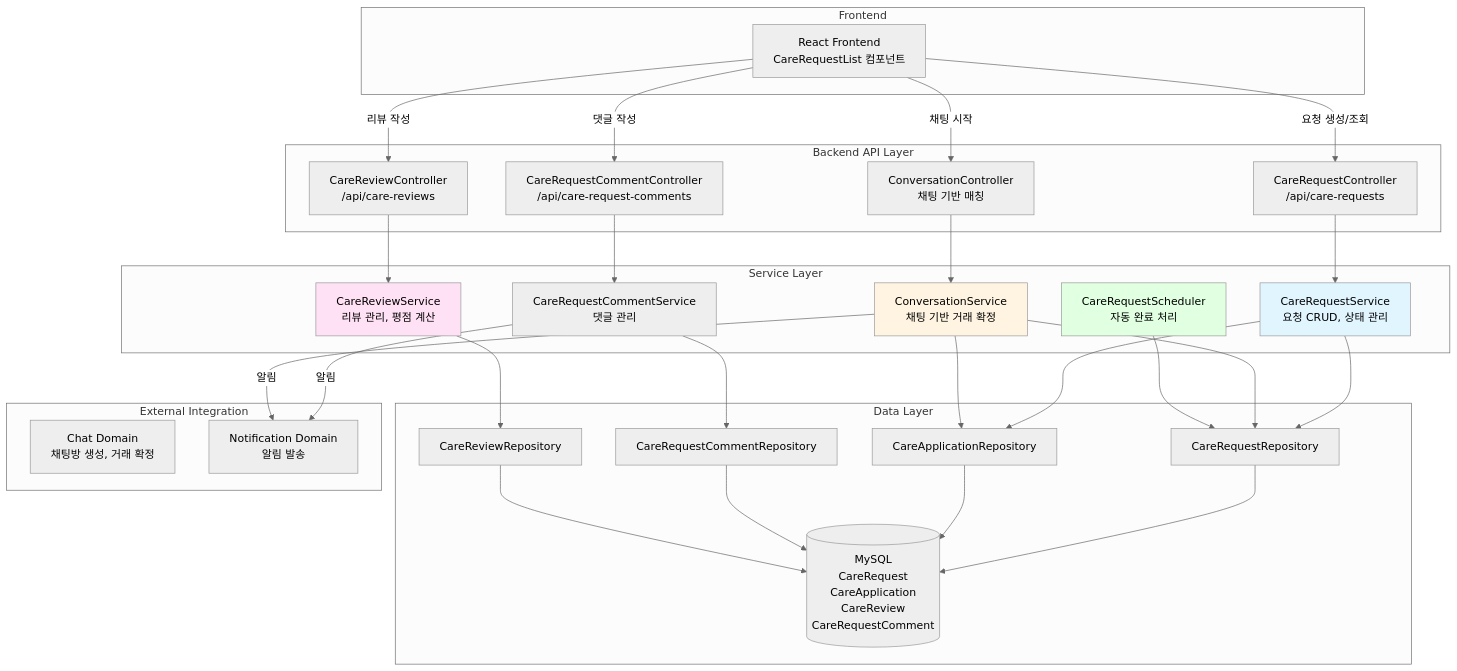
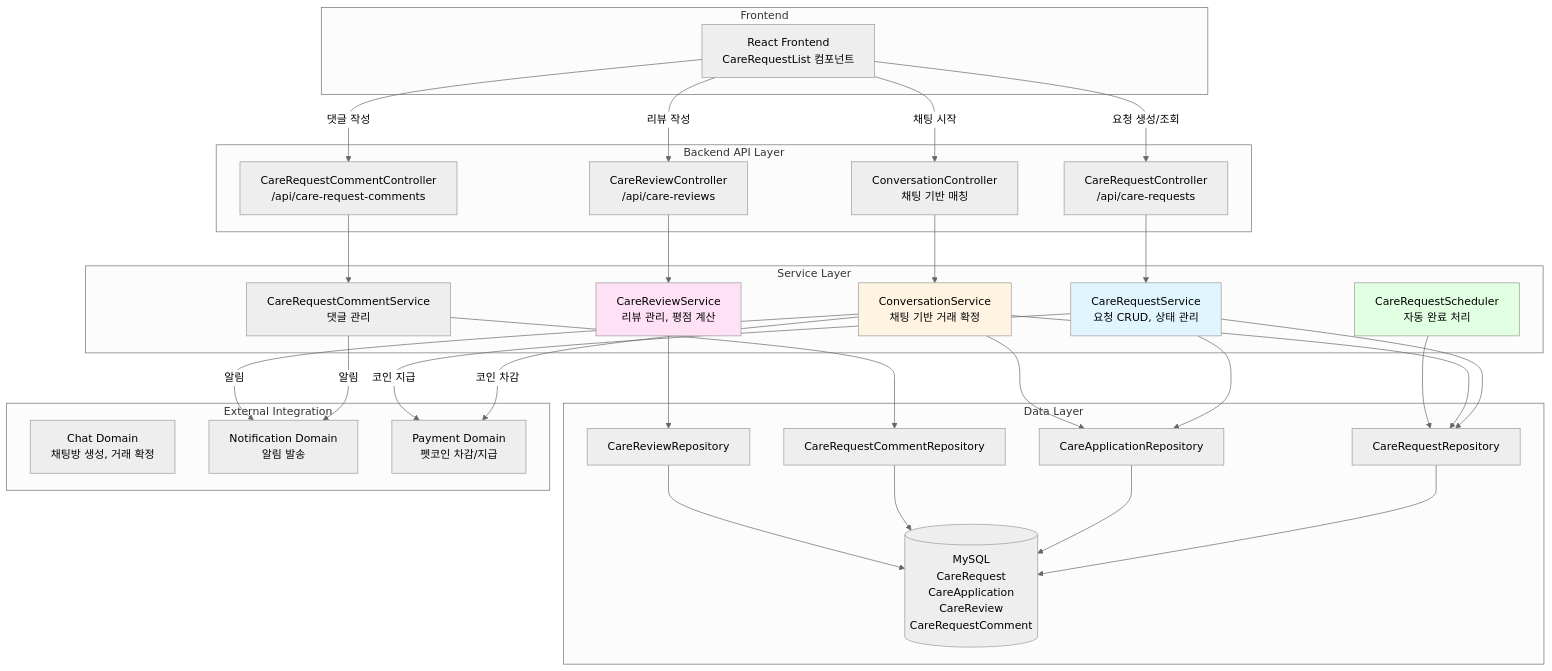
One commit to makkong1/Petory changed the first of 4 diagrams in docs/architecture/펫 케어 & 매칭 아키텍처.md. Above: the diagram before and after it, drawn with Mermaid (neutral theme). The commit also changed other lines of this file and 7 other files, not shown here.

````diff
--- a/docs/architecture/펫 케어 & 매칭 아키텍처.md
+++ b/docs/architecture/펫 케어 & 매칭 아키텍처.md
@@ -11,67 +11,70 @@
 ```mermaid
 graph TB
     subgraph "Frontend"
         FE[React Frontend<br/>CareRequestList 컴포넌트]
     end
     
     subgraph "Backend API Layer"
         CRC[CareRequestController<br/>/api/care-requests]
         CRCC[CareRequestCommentController<br/>/api/care-request-comments]
         CRVC[CareReviewController<br/>/api/care-reviews]
         CC[ConversationController<br/>채팅 기반 매칭]
     end
     
     subgraph "Service Layer"
         CRS[CareRequestService<br/>요청 CRUD, 상태 관리]
         CRCS[CareRequestCommentService<br/>댓글 관리]
         CRVS[CareReviewService<br/>리뷰 관리, 평점 계산]
         CS[ConversationService<br/>채팅 기반 거래 확정]
         CRSCH[CareRequestScheduler<br/>자동 완료 처리]
     end
     
     subgraph "Data Layer"
         CRR[CareRequestRepository]
         CAR[CareApplicationRepository]
         CRCR[CareRequestCommentRepository]
         CRVR[CareReviewRepository]
         MySQL[(MySQL<br/>CareRequest<br/>CareApplication<br/>CareReview<br/>CareRequestComment)]
     end
     
     subgraph "External Integration"
         CHAT[Chat Domain<br/>채팅방 생성, 거래 확정]
         NOTI[Notification Domain<br/>알림 발송]
+        PAYMENT[Payment Domain<br/>펫코인 차감/지급]
     end
     
     FE -->|요청 생성/조회| CRC
     FE -->|댓글 작성| CRCC
     FE -->|리뷰 작성| CRVC
     FE -->|채팅 시작| CC
     
     CRC --> CRS
     CRCC --> CRCS
     CRVC --> CRVS
     CC --> CS
     
     CRS --> CRR
     CRS --> CAR
     CRCS --> CRCR
     CRVS --> CRVR
     
     CS --> CAR
     CS --> CRR
     
     CRSCH --> CRR
     
     CRR --> MySQL
     CAR --> MySQL
     CRCR --> MySQL
     CRVR --> MySQL
     
     CRCS -->|알림| NOTI
     CS -->|알림| NOTI
+    CS -->|코인 차감| PAYMENT
+    CRS -->|코인 지급| PAYMENT
     
     style CRS fill:#e1f5ff
     style CS fill:#fff4e1
     style CRVS fill:#ffe1f5
     style CRSCH fill:#e1ffe1
 ```
````
